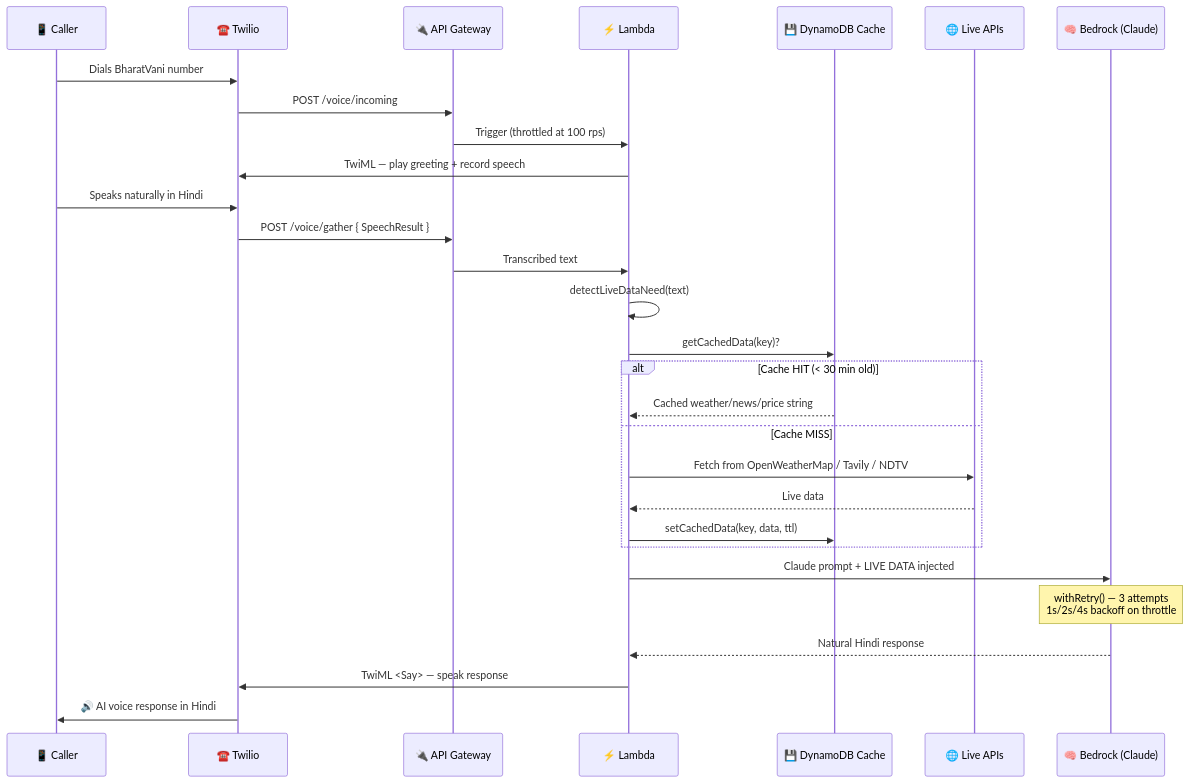
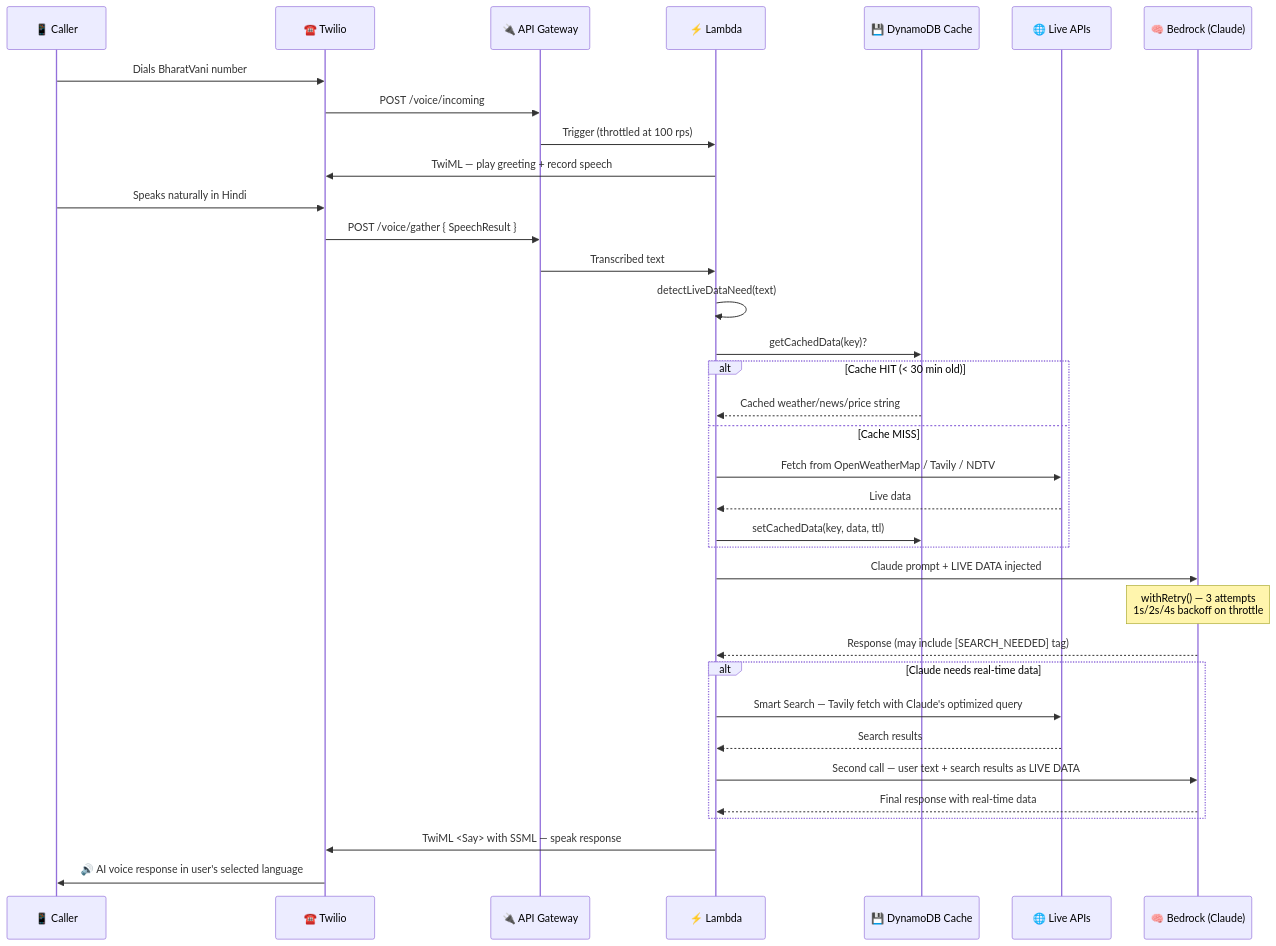
One commit to piyush-lingwal/BharatVani changed the first of 2 diagrams in README.md. Above: the diagram before and after it, drawn with Mermaid. The commit also changed other lines of this file and 11 other files, not shown here.

````diff
--- a/README.md
+++ b/README.md
@@ -162,36 +165,44 @@
 ```mermaid
 sequenceDiagram
     participant U as 📱 Caller
     participant TW as ☎️ Twilio
     participant AG as 🔌 API Gateway
     participant LM as ⚡ Lambda
     participant DDB as 💾 DynamoDB Cache
     participant API as 🌐 Live APIs
     participant BR as 🧠 Bedrock (Claude)
 
     U->>TW: Dials BharatVani number
     TW->>AG: POST /voice/incoming
     AG->>LM: Trigger (throttled at 100 rps)
     LM->>TW: TwiML — play greeting + record speech
 
     U->>TW: Speaks naturally in Hindi
     TW->>AG: POST /voice/gather { SpeechResult }
     AG->>LM: Transcribed text
 
     LM->>LM: detectLiveDataNeed(text)
     LM->>DDB: getCachedData(key)?
 
     alt Cache HIT (< 30 min old)
         DDB-->>LM: Cached weather/news/price string
     else Cache MISS
         LM->>API: Fetch from OpenWeatherMap / Tavily / NDTV
         API-->>LM: Live data
         LM->>DDB: setCachedData(key, data, ttl)
     end
 
     LM->>BR: Claude prompt + LIVE DATA injected
     Note over BR: withRetry() — 3 attempts<br/>1s/2s/4s backoff on throttle
-    BR-->>LM: Natural Hindi response
-    LM->>TW: TwiML <Say> — speak response
-    TW->>U: 🔊 AI voice response in Hindi
+    BR-->>LM: Response (may include [SEARCH_NEEDED] tag)
+
+    alt Claude needs real-time data
+        LM->>API: Smart Search — Tavily fetch with Claude's optimized query
+        API-->>LM: Search results
+        LM->>BR: Second call — user text + search results as LIVE DATA
+        BR-->>LM: Final response with real-time data
+    end
+
+    LM->>TW: TwiML <Say> with SSML — speak response
+    TW->>U: 🔊 AI voice response in user's selected language
 ```
````
